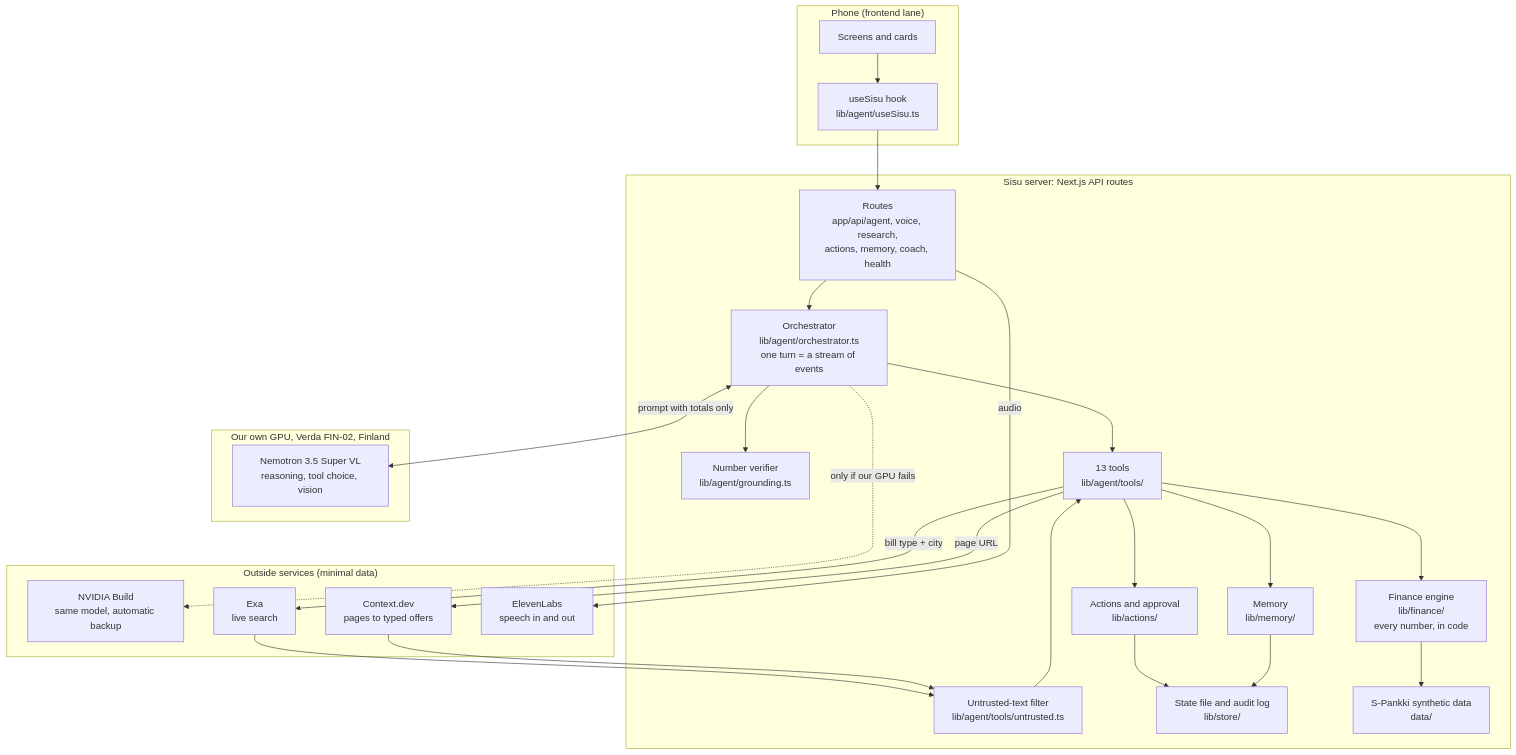
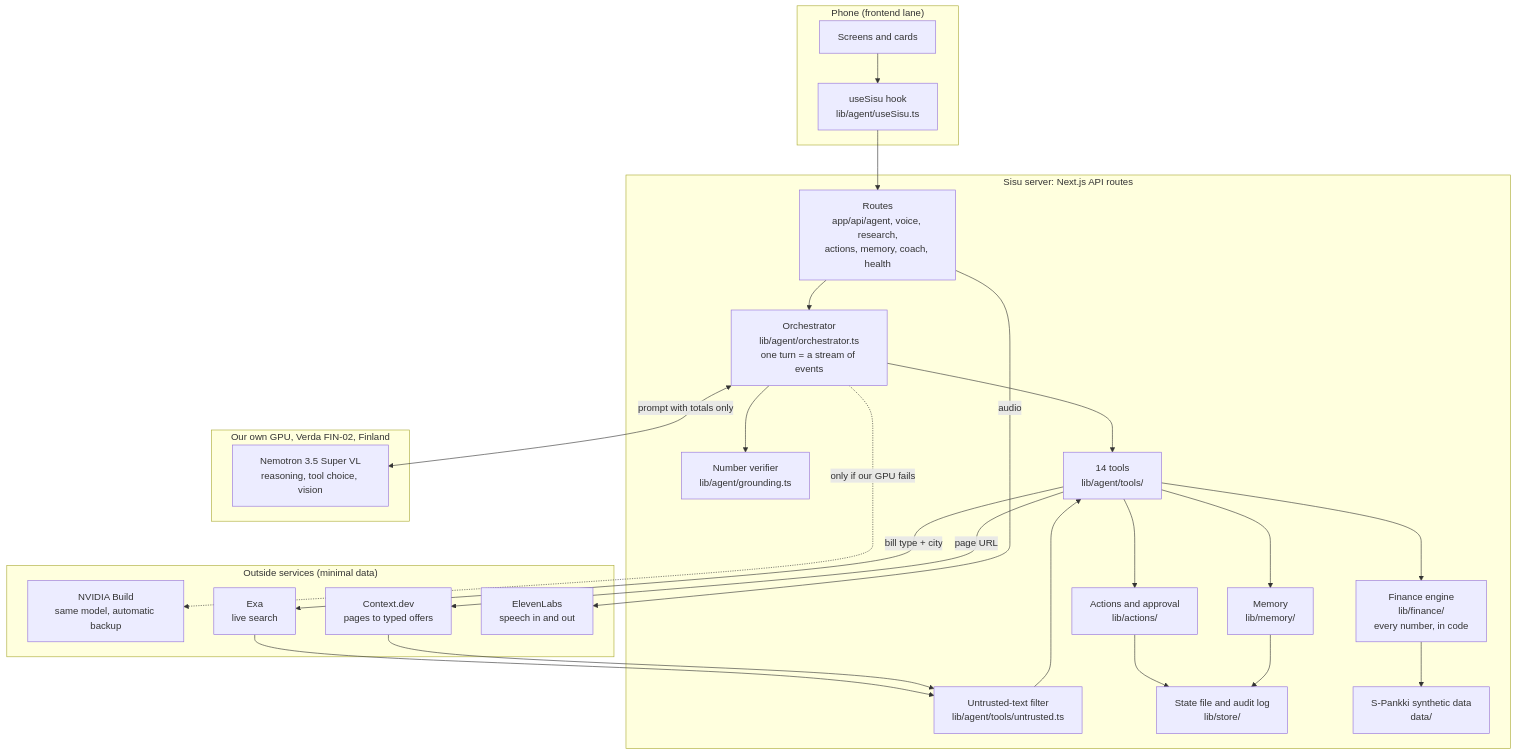
The diagram in docs/SISU_ARCHITECTURE_EXPLAINED.md (Junction-2026-NMA/junction-2026), drawn with Mermaid before and after one commit. The commit also changed other lines of this file and 36 other files, not shown here.

First line of the commit message:
feat: charts from the agent, and one activity value to drive the mascot

````diff
--- a/docs/SISU_ARCHITECTURE_EXPLAINED.md
+++ b/docs/SISU_ARCHITECTURE_EXPLAINED.md
@@ -17,46 +17,46 @@
 ```mermaid
 flowchart TB
   subgraph phone["Phone (frontend lane)"]
     ui["Screens and cards"]
     hook["useSisu hook<br/>lib/agent/useSisu.ts"]
   end
 
   subgraph server["Sisu server: Next.js API routes"]
     routes["Routes<br/>app/api/agent, voice, research,<br/>actions, memory, coach, health"]
     orch["Orchestrator<br/>lib/agent/orchestrator.ts<br/>one turn = a stream of events"]
     verify["Number verifier<br/>lib/agent/grounding.ts"]
-    tools["13 tools<br/>lib/agent/tools/"]
+    tools["14 tools<br/>lib/agent/tools/"]
     guard["Untrusted-text filter<br/>lib/agent/tools/untrusted.ts"]
     fin["Finance engine<br/>lib/finance/<br/>every number, in code"]
     act["Actions and approval<br/>lib/actions/"]
     mem["Memory<br/>lib/memory/"]
     store["State file and audit log<br/>lib/store/"]
     data["S-Pankki synthetic data<br/>data/"]
   end
 
   subgraph verda["Our own GPU, Verda FIN-02, Finland"]
     nemo["Nemotron 3.5 Super VL<br/>reasoning, tool choice, vision"]
   end
 
   subgraph outside["Outside services (minimal data)"]
     backup["NVIDIA Build<br/>same model, automatic backup"]
     exa["Exa<br/>live search"]
     ctx["Context.dev<br/>pages to typed offers"]
     eleven["ElevenLabs<br/>speech in and out"]
   end
 
   ui --> hook --> routes --> orch
   orch <-->|"prompt with totals only"| nemo
   orch -.->|"only if our GPU fails"| backup
   orch --> tools
   tools --> fin --> data
   tools --> act --> store
   tools --> mem --> store
   tools -->|"bill type + city"| exa
   tools -->|"page URL"| ctx
   exa --> guard
   ctx --> guard
   guard --> tools
   orch --> verify
   routes -->|"audio"| eleven
 ```
````
